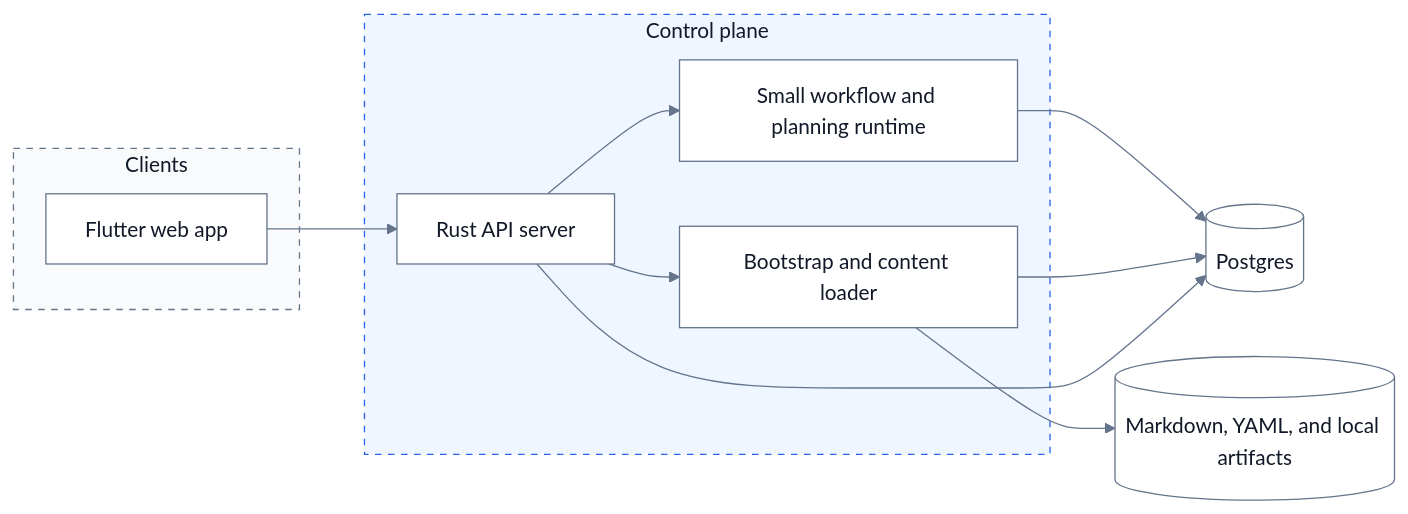
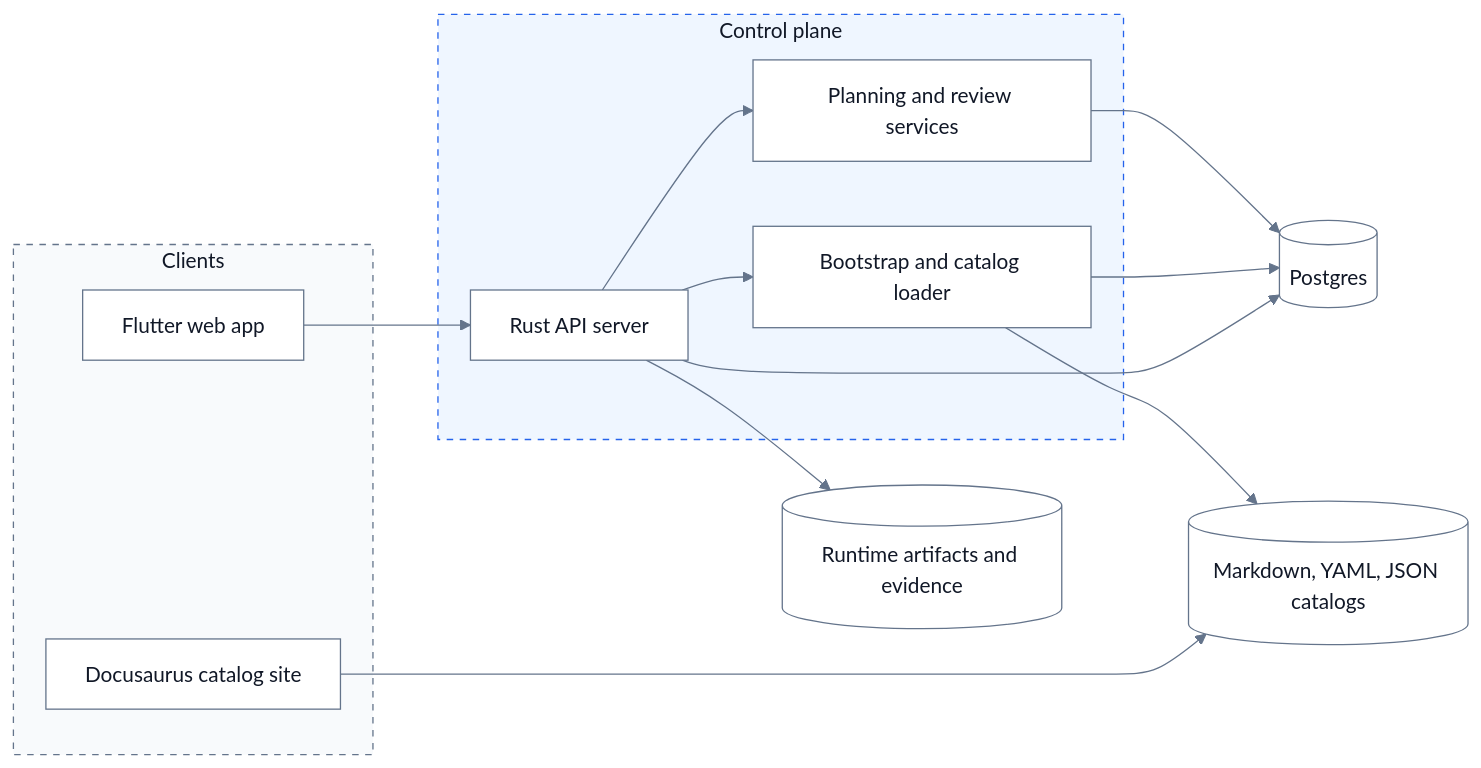
Before and after one commit to ajithjos/joseph-academy: the second of 2 diagrams in docs/architecture/learning-product-definition.md, drawn with Mermaid. The commit also changed other lines of this file, not shown here.

````diff
--- a/docs/architecture/learning-product-definition.md
+++ b/docs/architecture/learning-product-definition.md
@@ -285,29 +440,33 @@
 ```mermaid
 %%{init: {'theme': 'base', 'themeVariables': { 'background': '#ffffff', 'primaryColor': '#ffffff', 'primaryTextColor': '#111827', 'primaryBorderColor': '#64748b', 'lineColor': '#64748b', 'secondaryColor': '#f8fafc', 'tertiaryColor': '#f8fafc', 'fontFamily': 'Inter, ui-sans-serif, system-ui, sans-serif' }}}%%
 flowchart LR
   subgraph clients[Clients]
     flutter[Flutter web app]
+    docusaurus[Docusaurus catalog site]
   end
 
   subgraph control[Control plane]
     api[Rust API server]
-    workflows[Small workflow and planning runtime]
-    loader[Bootstrap and content loader]
+    planner[Planning and review services]
+    loader[Bootstrap and catalog loader]
   end
 
   postgres[(Postgres)]
-  files[(Markdown, YAML, and local artifacts)]
+  content[(Markdown, YAML, JSON catalogs)]
+  data[(Runtime artifacts and evidence)]
 
   flutter --> api
-  api --> workflows
+  api --> planner
   api --> loader
-  workflows --> postgres
-  loader --> files
+  planner --> postgres
+  loader --> content
   loader --> postgres
   api --> postgres
+  api --> data
+  docusaurus --> content
 
   style clients stroke:#64748b,stroke-dasharray: 5 5,fill:#f8fafc,color:#111827
   style control stroke:#2563eb,stroke-dasharray: 5 5,fill:#eff6ff,color:#111827
   classDef default fill:#ffffff,stroke:#64748b,color:#111827
   linkStyle default stroke:#64748b
 ```
````
